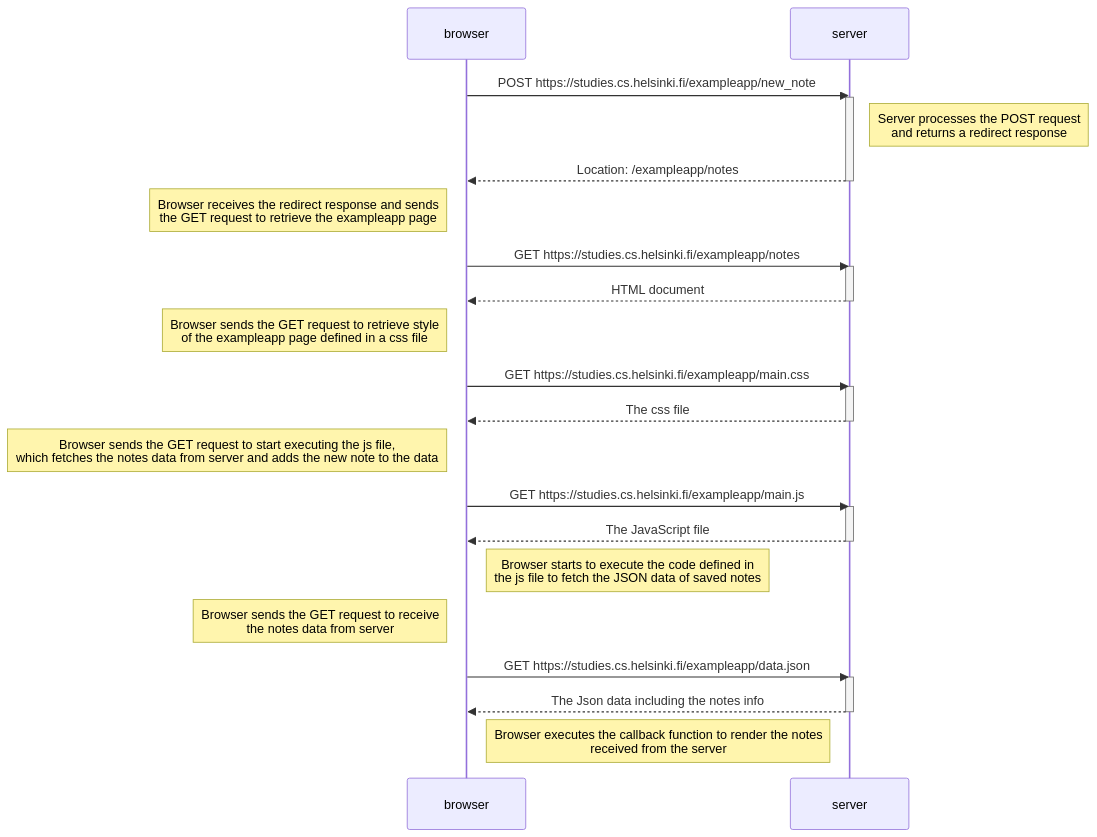
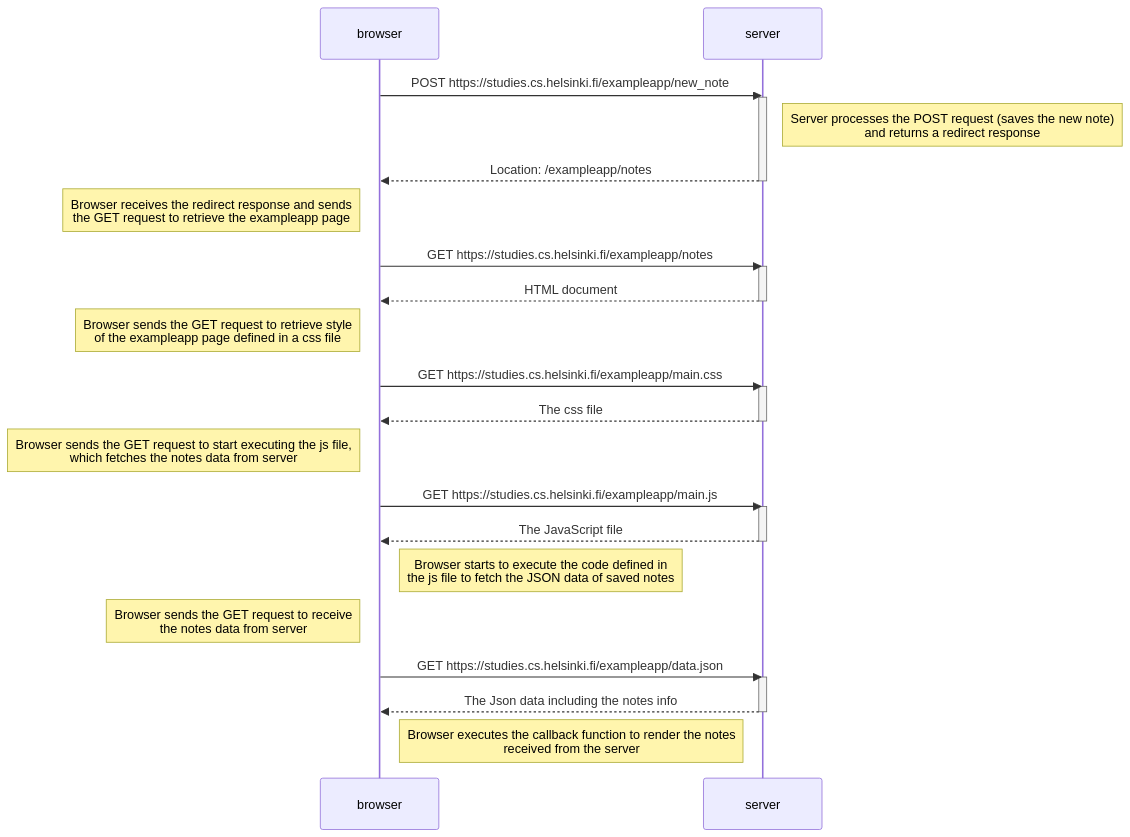
One commit to oskarioksanen/fullstack_open_palautusrepo changed the diagram in osa0/0_4_uusi_muistiinpano_kaavio.md. Above: the diagram before and after it, drawn with Mermaid.

````diff
--- a/osa0/0_4_uusi_muistiinpano_kaavio.md
+++ b/osa0/0_4_uusi_muistiinpano_kaavio.md
@@ -3,40 +3,40 @@
 ```mermaid
 sequenceDiagram
     participant browser
     participant server
 
     browser->>server: POST https://studies.cs.helsinki.fi/exampleapp/new_note
     activate server
 
-    Note right of server: Server processes the POST request<br/>and returns a redirect response
+    Note right of server: Server processes the POST request (saves the new note)<br/>and returns a redirect response
 
     server-->>browser: Location: /exampleapp/notes
     deactivate server
     
     Note left of browser: Browser receives the redirect response and sends<br/>the GET request to retrieve the exampleapp page
     browser->>server: GET https://studies.cs.helsinki.fi/exampleapp/notes
     activate server
     server-->>browser: HTML document
     deactivate server
 
     Note left of browser: Browser sends the GET request to retrieve style<br/>of the exampleapp page defined in a css file
     browser->>server: GET https://studies.cs.helsinki.fi/exampleapp/main.css
     activate server
     server-->>browser: The css file
     deactivate server
 
-    Note left of browser: Browser sends the GET request to start executing the js file,<br/>which fetches the notes data from server and adds the new note to the data
+    Note left of browser: Browser sends the GET request to start executing the js file,<br/>which fetches the notes data from server
     browser->>server: GET https://studies.cs.helsinki.fi/exampleapp/main.js
     activate server
     server-->>browser: The JavaScript file
     deactivate server
     Note right of browser: Browser starts to execute the code defined in<br/>the js file to fetch the JSON data of saved notes
 
     Note left of browser: Browser sends the GET request to receive<br/>the notes data from server
     browser->>server: GET https://studies.cs.helsinki.fi/exampleapp/data.json
     activate server
     server-->>browser: The Json data including the notes info
     deactivate server
     Note right of browser: Browser executes the callback function to render the notes<br/>received from the server
 
 ```
````
